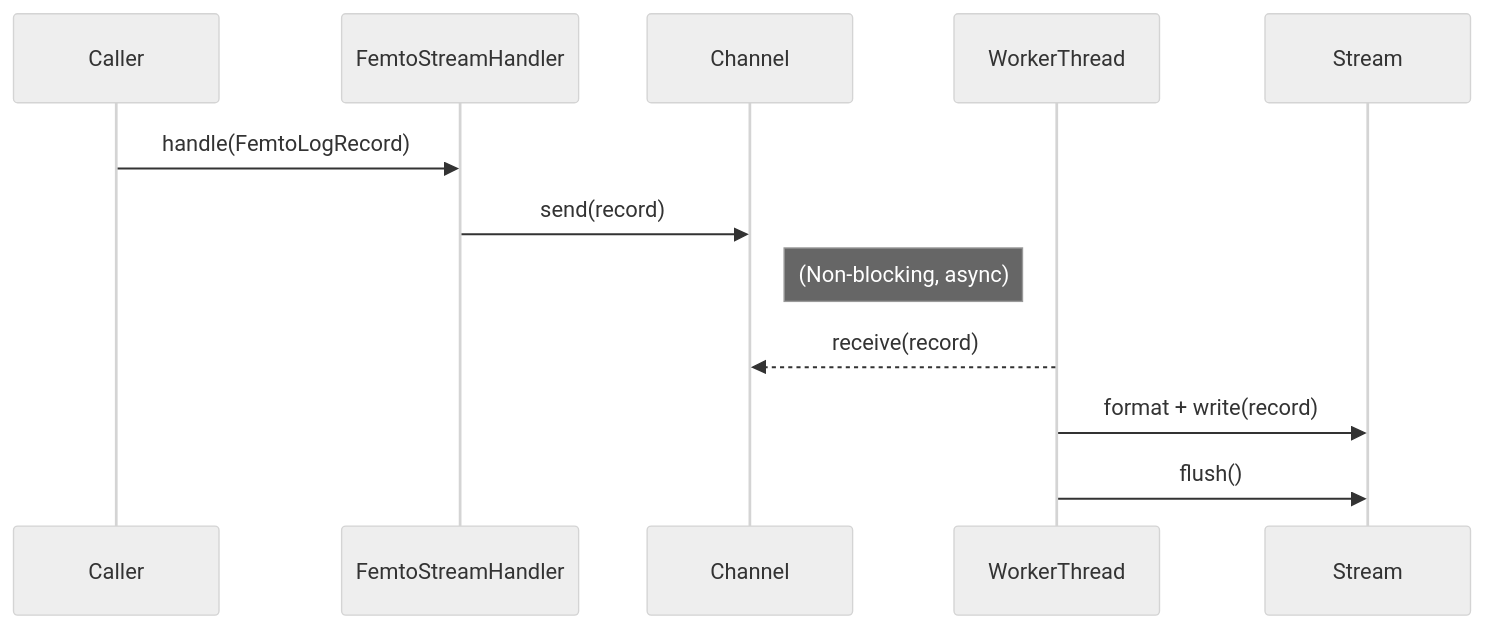
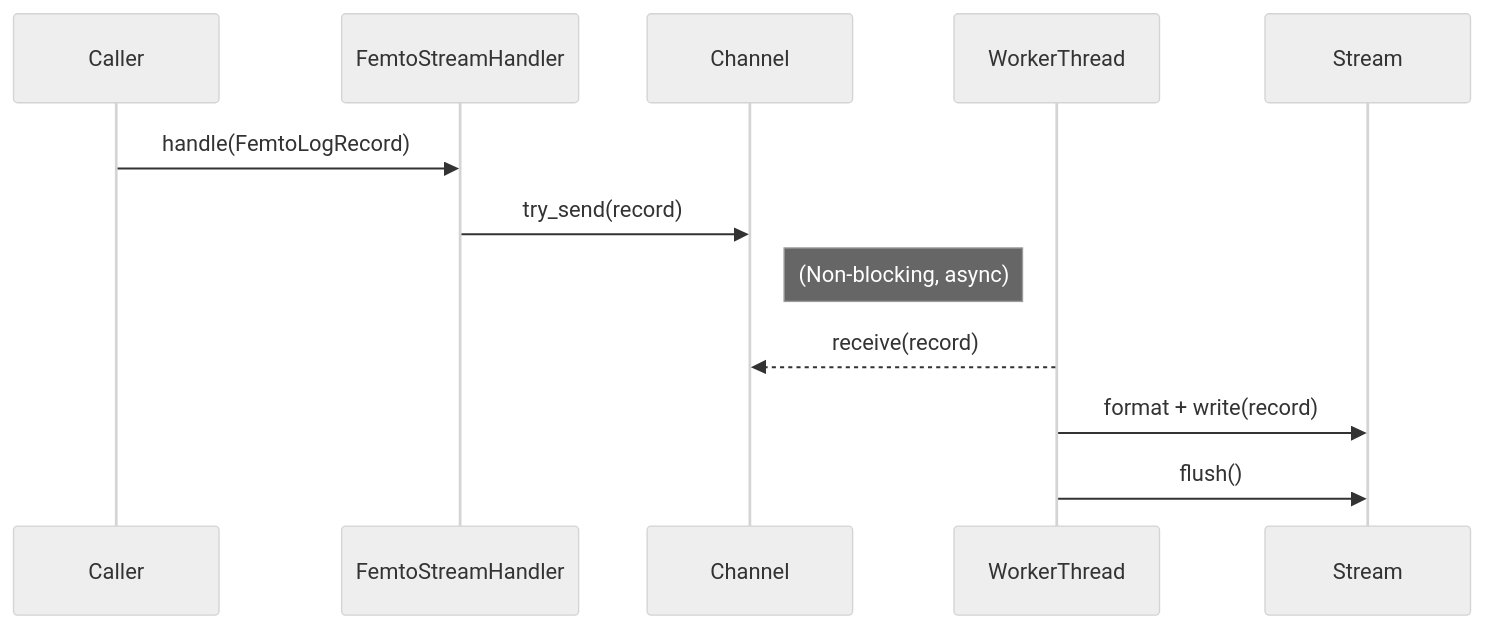
Before and after one commit to leynos/femtologging: the diagram in docs/formatters-and-handlers-rust-port.md, drawn with Mermaid (neutral theme). The commit also changed other lines of this file and 2 other files, not shown here.

Commit message:
Refactor stream handler

````diff
--- a/docs/formatters-and-handlers-rust-port.md
+++ b/docs/formatters-and-handlers-rust-port.md
@@ -78,15 +78,15 @@
 ```mermaid
 sequenceDiagram
     participant Caller
     participant FemtoStreamHandler
     participant Channel
     participant WorkerThread
     participant Stream
 
     Caller->>FemtoStreamHandler: handle(FemtoLogRecord)
-    FemtoStreamHandler->>Channel: send(record)
+    FemtoStreamHandler->>Channel: try_send(record)
     Note right of Channel: (Non-blocking, async)
     WorkerThread-->>Channel: receive(record)
     WorkerThread->>Stream: format + write(record)
     WorkerThread->>Stream: flush()
 ```
````
